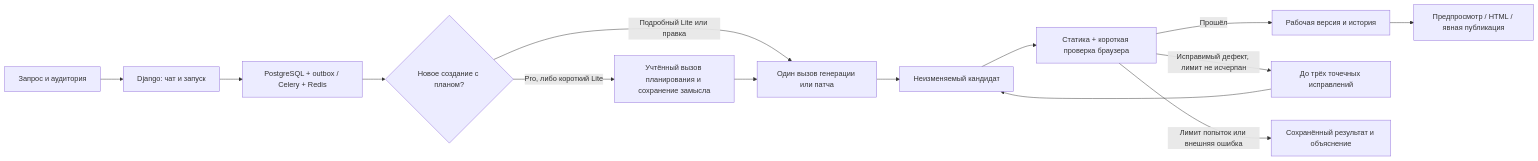
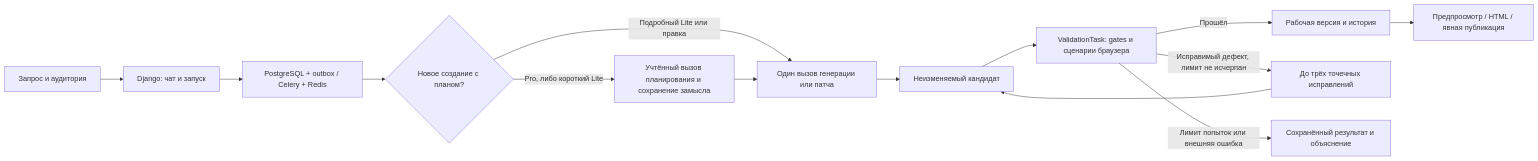
Before and after one commit to HoshiBatista/webgame-agent: the diagram in docs/architecture.md, drawn with Mermaid. The commit also changed other lines of this file and 54 other files, not shown here.

````diff
--- a/docs/architecture.md
+++ b/docs/architecture.md
@@ -61,16 +61,16 @@
 ```mermaid
 flowchart LR
     U[Запрос и аудитория] --> API[Django: чат и запуск]
     API --> Q[PostgreSQL + outbox / Celery + Redis]
     Q --> D{Новое создание с планом?}
     D -->|Pro, либо короткий Lite| B[Учтённый вызов планирования и сохранение замысла]
     D -->|Подробный Lite или правка| G[Один вызов генерации или патча]
     B --> G
     G --> C[Неизменяемый кандидат]
-    C --> V[Статика + короткая проверка браузера]
+    C --> V[ValidationTask: gates и сценарии браузера]
     V -->|Прошёл| R[Рабочая версия и история]
     V -->|Исправимый дефект, лимит не исчерпан| F[До трёх точечных исправлений]
     F --> C
     V -->|Лимит попыток или внешняя ошибка| E[Сохранённый результат и объяснение]
     R --> P[Предпросмотр / HTML / явная публикация]
 ```
````
